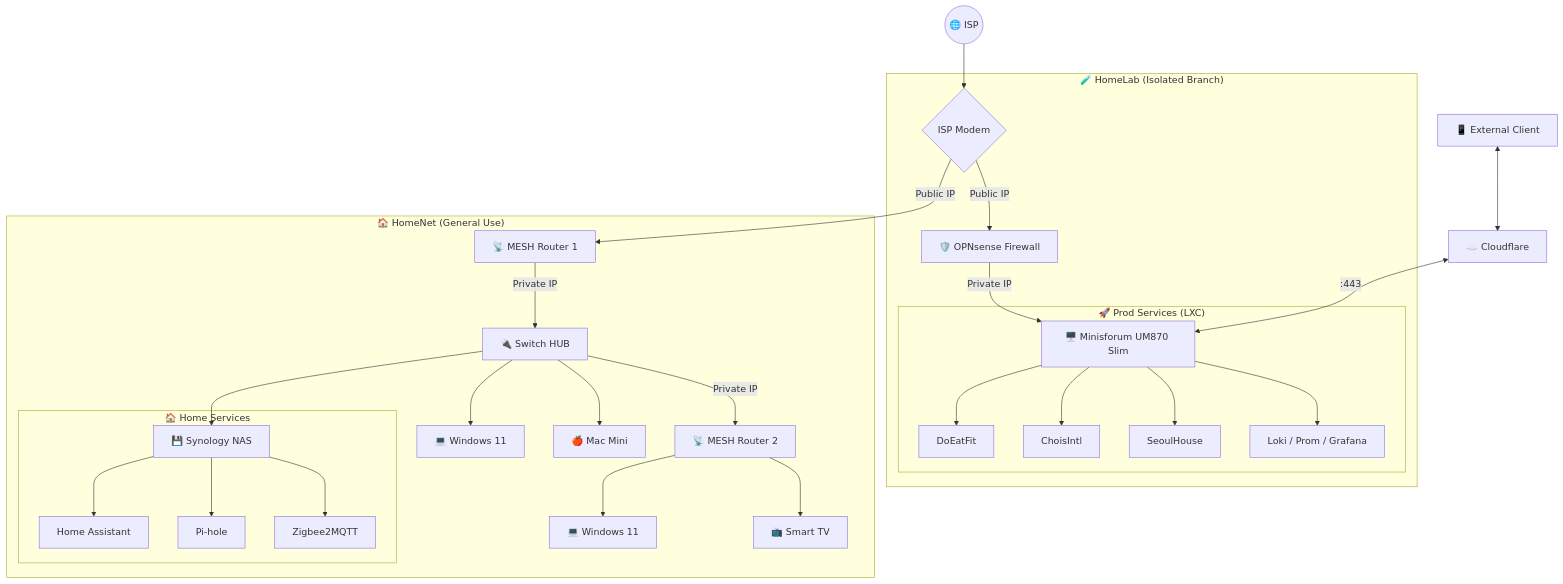
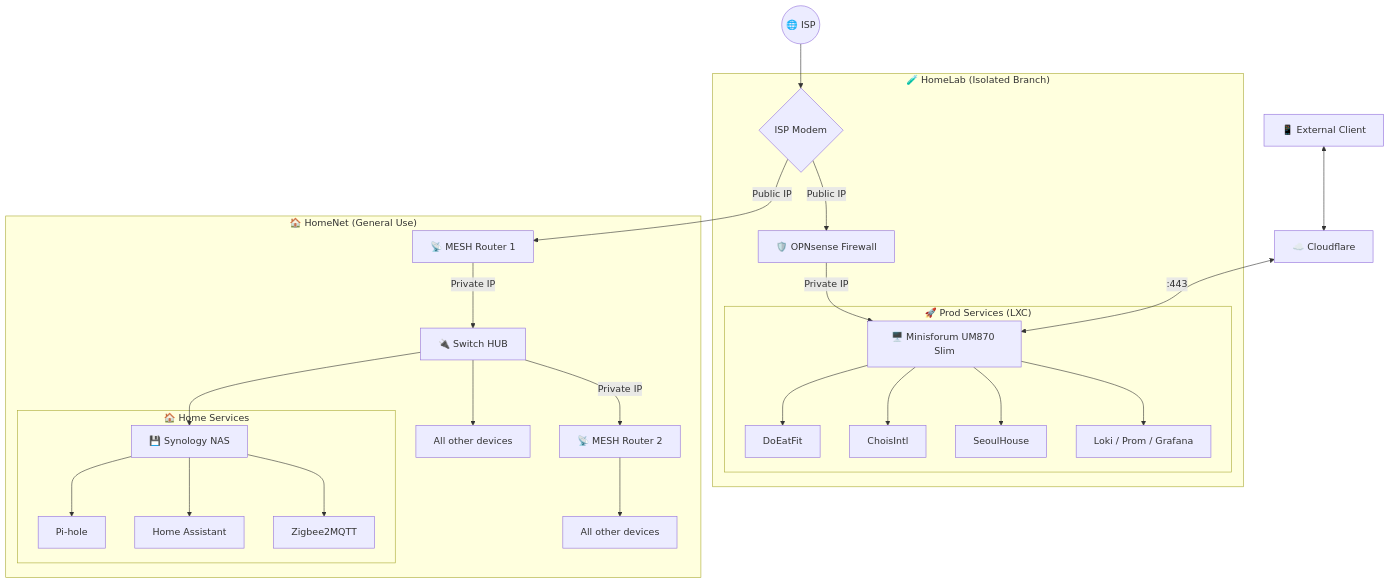
The diagram in README.md (EricNakor/EricNakor), drawn with Mermaid before and after one commit.

Commit message:
Update device connections in HomeNet diagram

````diff
--- a/README.md
+++ b/README.md
@@ -51,41 +51,39 @@
 ```mermaid
 graph TD
     %% Internet & External Access
     ISP((🌐 ISP)) --> MODEM{ISP Modem}
     CLIENT[📱 External Client] <--> CF[☁️ Cloudflare]
     
     %% HomeLab Segment
     subgraph HomeLab ["🧪 HomeLab (Isolated Branch)"]
         MODEM -- "Public IP" --> OPN[🛡️ OPNsense Firewall]
         OPN -- "Private IP" --> MINI[🖥️ Minisforum UM870 Slim]
         
         subgraph ProdServices ["🚀 Prod Services (LXC)"]
             MINI --> S1["DoEatFit"]
             MINI --> S2["ChoisIntl"]
             MINI --> S3["SeoulHouse"]
             MINI --> MON["Loki / Prom / Grafana"]
         end
     end
     
     %% Connection from Cloudflare
     CF <-->|":443"| MINI
 
     %% HomeNet Segment
     subgraph HomeNet ["🏠 HomeNet (General Use)"]
         MODEM -- "Public IP" --> MESH1[📡 MESH Router 1]
         MESH1 -- "Private IP" --> HUB[🔌 Switch HUB]
         
-        HUB --> WIN_A["💻 Windows 11"]
-        HUB --> MAC["🍎 Mac Mini"]
         HUB --> NAS["💾 Synology NAS"]
+        HUB --> OD1["All other devices"]
         subgraph NAS_Services ["🏠 Home Services"]
+            NAS --> PH[Pi-hole]
             NAS --> HA[Home Assistant]
-            NAS --> PH[Pi-hole]
             NAS --> ZB[Zigbee2MQTT]
         end
         
         HUB -- "Private IP" --> MESH2[📡 MESH Router 2]
-        MESH2 --> WIN_B["💻 Windows 11"]
-        MESH2 --> TV["📺 Smart TV"]
+        MESH2 --> OD2["All other devices"]
     end
 ```
````
